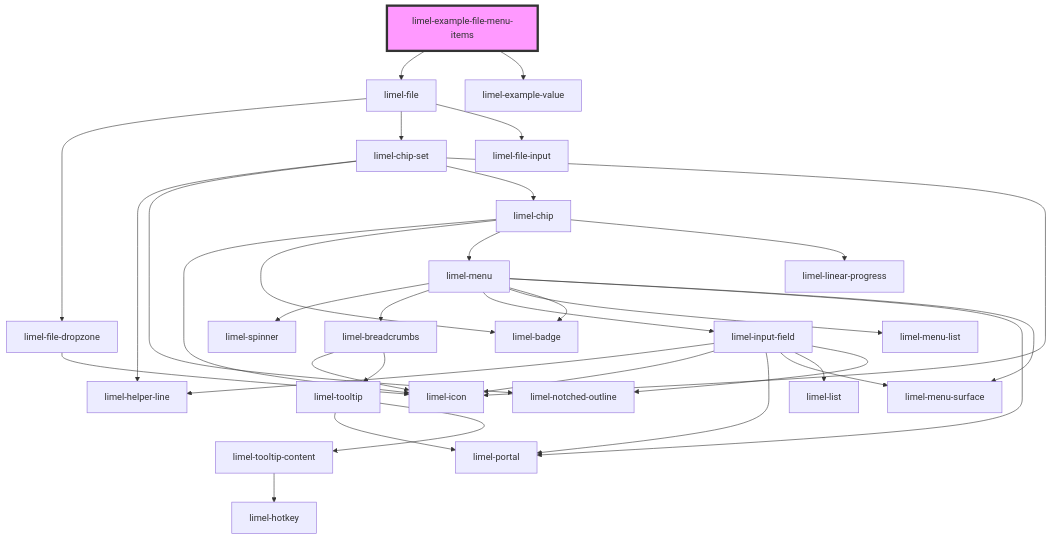
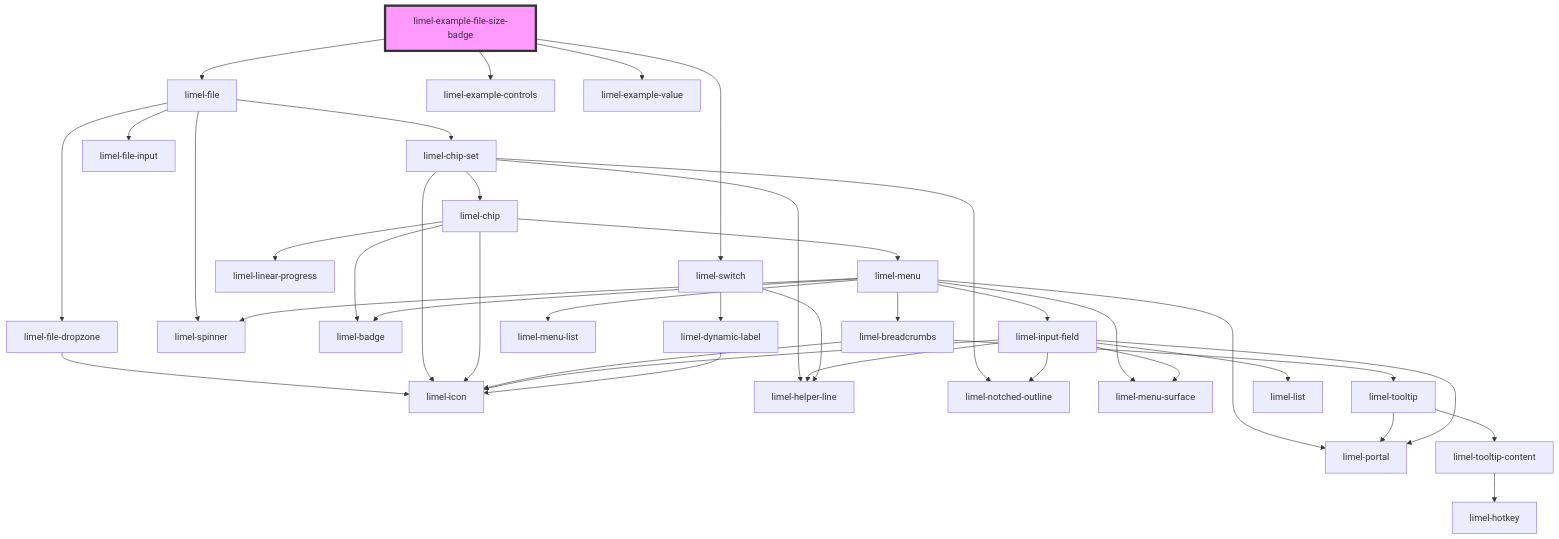
The diagram in versions/PR-4145/markdown-docs/components/file/examples/readme.md (Lundalogik/lime-elements), drawn with Mermaid before and after one commit. The commit also changed other lines of this file and 448 other files, not shown here.

````diff
--- a/versions/PR-4145/markdown-docs/components/file/examples/readme.md
+++ b/versions/PR-4145/markdown-docs/components/file/examples/readme.md
@@ -19,36 +26,42 @@
 ```mermaid
 graph TD;
-  limel-example-file-menu-items --> limel-file
-  limel-example-file-menu-items --> limel-example-value
+  limel-example-file-size-badge --> limel-file
+  limel-example-file-size-badge --> limel-example-controls
+  limel-example-file-size-badge --> limel-switch
+  limel-example-file-size-badge --> limel-example-value
   limel-file --> limel-file-dropzone
+  limel-file --> limel-spinner
   limel-file --> limel-chip-set
   limel-file --> limel-file-input
   limel-file-dropzone --> limel-icon
   limel-chip-set --> limel-helper-line
   limel-chip-set --> limel-notched-outline
   limel-chip-set --> limel-chip
   limel-chip-set --> limel-icon
   limel-chip --> limel-icon
   limel-chip --> limel-badge
   limel-chip --> limel-menu
   limel-chip --> limel-linear-progress
   limel-menu --> limel-spinner
   limel-menu --> limel-breadcrumbs
   limel-menu --> limel-input-field
   limel-menu --> limel-menu-list
   limel-menu --> limel-badge
   limel-menu --> limel-portal
   limel-menu --> limel-menu-surface
   limel-breadcrumbs --> limel-icon
   limel-breadcrumbs --> limel-tooltip
   limel-tooltip --> limel-portal
   limel-tooltip --> limel-tooltip-content
   limel-tooltip-content --> limel-hotkey
   limel-input-field --> limel-helper-line
   limel-input-field --> limel-icon
   limel-input-field --> limel-portal
   limel-input-field --> limel-menu-surface
   limel-input-field --> limel-list
   limel-input-field --> limel-notched-outline
-  style limel-example-file-menu-items fill:#f9f,stroke:#333,stroke-width:4px
+  limel-switch --> limel-dynamic-label
+  limel-switch --> limel-helper-line
+  limel-dynamic-label --> limel-icon
+  style limel-example-file-size-badge fill:#f9f,stroke:#333,stroke-width:4px
 ```
````
